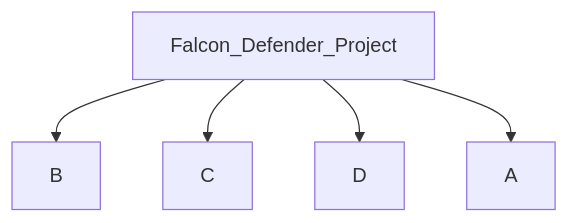
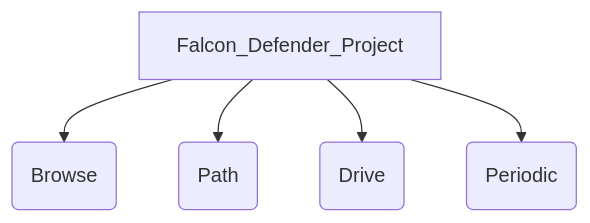
One commit to AyhamAsfoor/Falcon_Defender changed the diagram in README.md. Above: the diagram before and after it, drawn with Mermaid.

````diff
--- a/README.md
+++ b/README.md
@@ -68,7 +68,7 @@
 ```mermaid
 graph TD;
-   Falcon_Defender_Project-->B;
-   Falcon_Defender_Project-->C;
-   Falcon_Defender_Project-->D;
-   Falcon_Defender_Project-->A;
+   Falcon_Defender_Project-->Service_1_(Browse);
+   Falcon_Defender_Project-->Service_2_(Path);
+   Falcon_Defender_Project-->Service_3_(Drive);
+   Falcon_Defender_Project-->Service_4_(Periodic);
 ```
````
